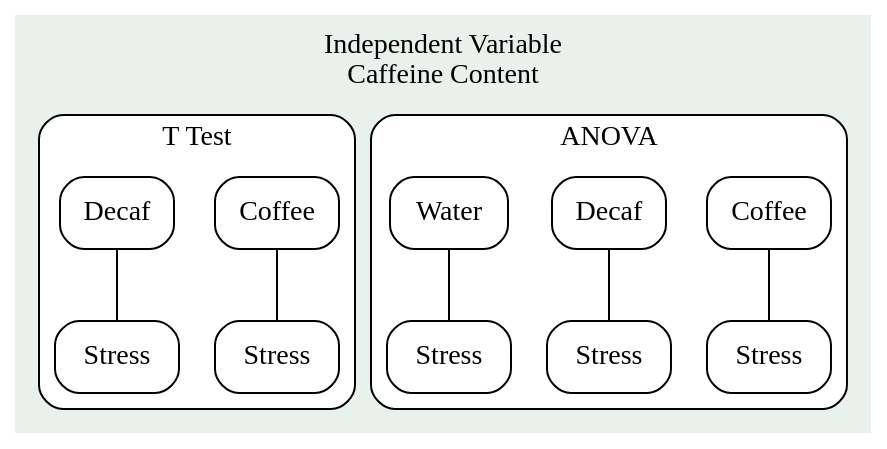
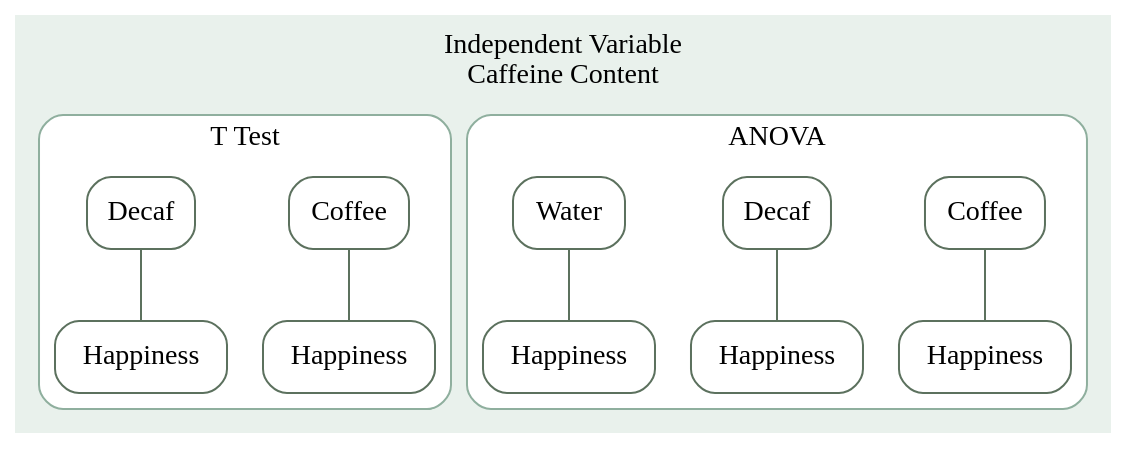
The second of 5 diagrams in lec12/lec12.qmd (DavidBrocker/348SlideDecks), drawn with Graphviz before and after one commit. The commit also changed other lines of this file and 11 other files, not shown here.

````diff
--- a/lec12/lec12.qmd
+++ b/lec12/lec12.qmd
@@ -58,44 +124,43 @@
 ```{dot}
 graph {
-
-  node[shape = box, style = rounded]
+  node[shape = box, style = "rounded,filled", fillcolor = "white", color = "#5C715E", fontname = "Fira Sans"]
+  edge[color = "#5C715E"]
   bgcolor="#E9F1EC"
   label="Independent Variable \nCaffeine Content"
   labelloc="t"
 
   subgraph cluster_tt {
     style = rounded
+    color = "#8FAF9E"
     bgcolor="white"
     label="T Test"
 
     Coffee_T [label="Coffee"]
     Decaf_T [label="Decaf"]
-    
-    Stress_T[label="Stress"]
-    Stress_T2[label="Stress"]
-    
+
+    Stress_T[label="Happiness"]
+    Stress_T2[label="Happiness"]
+
     Coffee_T -- Stress_T
     Decaf_T  -- Stress_T2
-    
   }
 
   subgraph cluster_anova {
     style = rounded
+    color = "#8FAF9E"
     label="ANOVA"
     bgcolor="white"
     Coffee_A [label="Coffee"]
     Decaf_A [label="Decaf"]
     Water [label="Water"]
-    
-    Stress_A1[label="Stress"]
-    Stress_A2[label="Stress"]
-    Stress_A3[label="Stress"]
-    
+
+    Stress_A1[label="Happiness"]
+    Stress_A2[label="Happiness"]
+    Stress_A3[label="Happiness"]
+
     Coffee_A -- Stress_A1
     Decaf_A -- Stress_A2
     Water -- Stress_A3
   }
-
 }
-
 ```
````
